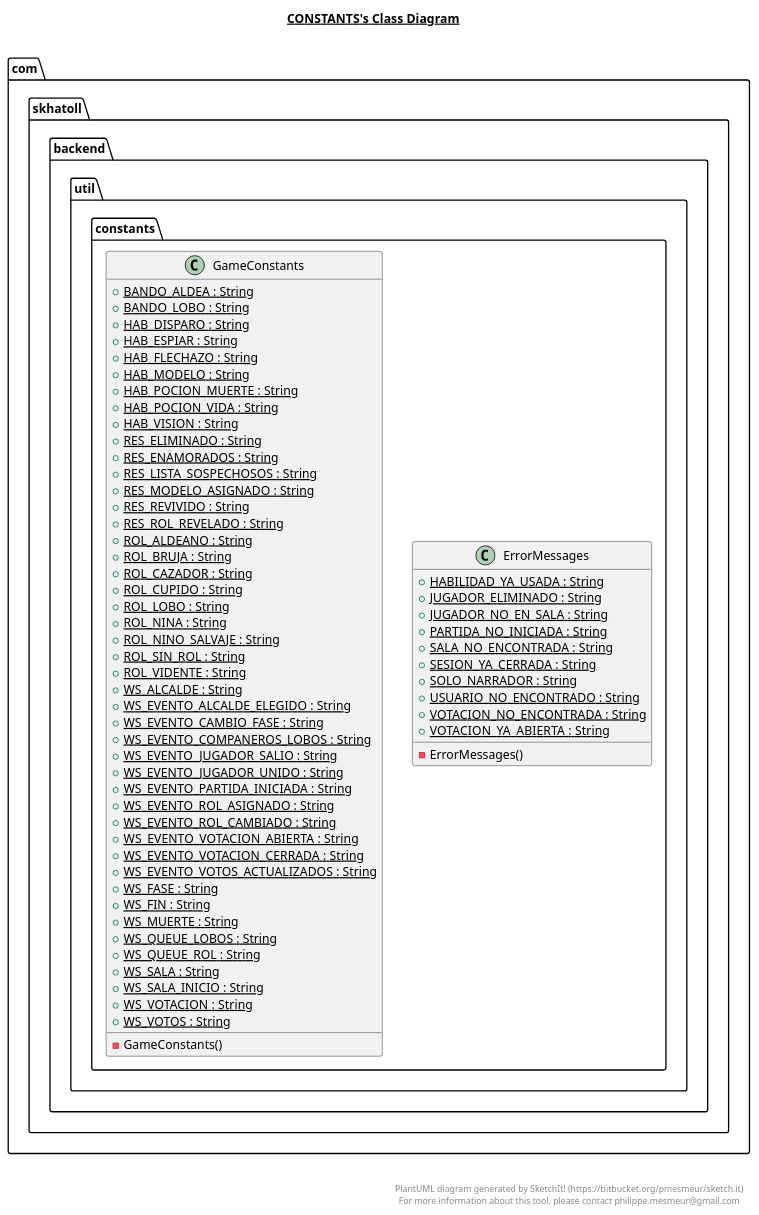
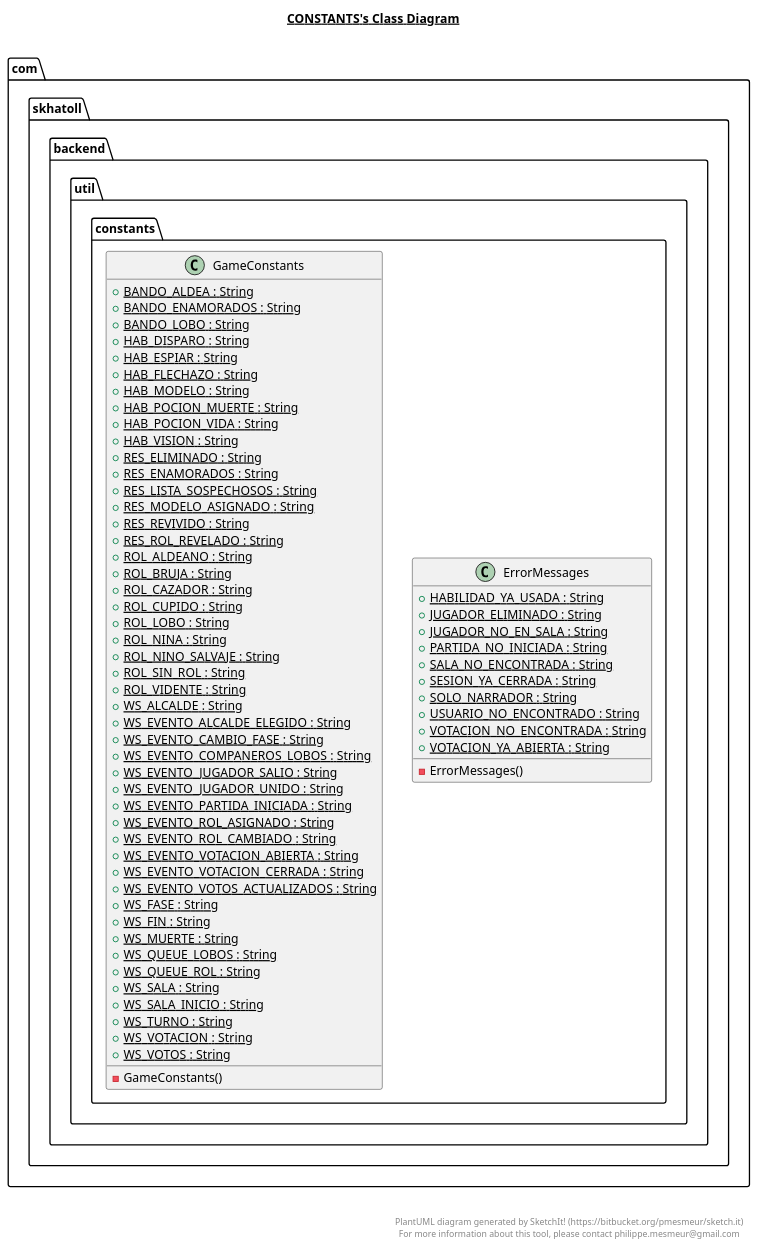
The diagram in backend/src/main/java/com/skhatoll/backend/util/constants/constants.plantuml (David-GutSal/Skhatoll), drawn with PlantUML before and after one commit. The commit also changed 18 other files, not shown here.

```diff
--- a/backend/src/main/java/com/skhatoll/backend/util/constants/constants.plantuml
+++ b/backend/src/main/java/com/skhatoll/backend/util/constants/constants.plantuml
@@ -1,87 +1,89 @@
 @startuml
 
 title __CONSTANTS's Class Diagram__\n
 
   namespace com.skhatoll.backend {
     namespace util.constants {
       class com.skhatoll.backend.util.constants.ErrorMessages {
           {static} + HABILIDAD_YA_USADA : String
           {static} + JUGADOR_ELIMINADO : String
           {static} + JUGADOR_NO_EN_SALA : String
           {static} + PARTIDA_NO_INICIADA : String
           {static} + SALA_NO_ENCONTRADA : String
           {static} + SESION_YA_CERRADA : String
           {static} + SOLO_NARRADOR : String
           {static} + USUARIO_NO_ENCONTRADO : String
           {static} + VOTACION_NO_ENCONTRADA : String
           {static} + VOTACION_YA_ABIERTA : String
           - ErrorMessages()
       }
     }
   }
   
 
   namespace com.skhatoll.backend {
     namespace util.constants {
       class com.skhatoll.backend.util.constants.GameConstants {
           {static} + BANDO_ALDEA : String
+          {static} + BANDO_ENAMORADOS : String
           {static} + BANDO_LOBO : String
           {static} + HAB_DISPARO : String
           {static} + HAB_ESPIAR : String
           {static} + HAB_FLECHAZO : String
           {static} + HAB_MODELO : String
           {static} + HAB_POCION_MUERTE : String
           {static} + HAB_POCION_VIDA : String
           {static} + HAB_VISION : String
           {static} + RES_ELIMINADO : String
           {static} + RES_ENAMORADOS : String
           {static} + RES_LISTA_SOSPECHOSOS : String
           {static} + RES_MODELO_ASIGNADO : String
           {static} + RES_REVIVIDO : String
           {static} + RES_ROL_REVELADO : String
           {static} + ROL_ALDEANO : String
           {static} + ROL_BRUJA : String
           {static} + ROL_CAZADOR : String
           {static} + ROL_CUPIDO : String
           {static} + ROL_LOBO : String
           {static} + ROL_NINA : String
           {static} + ROL_NINO_SALVAJE : String
           {static} + ROL_SIN_ROL : String
           {static} + ROL_VIDENTE : String
           {static} + WS_ALCALDE : String
           {static} + WS_EVENTO_ALCALDE_ELEGIDO : String
           {static} + WS_EVENTO_CAMBIO_FASE : String
           {static} + WS_EVENTO_COMPANEROS_LOBOS : String
           {static} + WS_EVENTO_JUGADOR_SALIO : String
           {static} + WS_EVENTO_JUGADOR_UNIDO : String
           {static} + WS_EVENTO_PARTIDA_INICIADA : String
           {static} + WS_EVENTO_ROL_ASIGNADO : String
           {static} + WS_EVENTO_ROL_CAMBIADO : String
           {static} + WS_EVENTO_VOTACION_ABIERTA : String
           {static} + WS_EVENTO_VOTACION_CERRADA : String
           {static} + WS_EVENTO_VOTOS_ACTUALIZADOS : String
           {static} + WS_FASE : String
           {static} + WS_FIN : String
           {static} + WS_MUERTE : String
           {static} + WS_QUEUE_LOBOS : String
           {static} + WS_QUEUE_ROL : String
           {static} + WS_SALA : String
           {static} + WS_SALA_INICIO : String
+          {static} + WS_TURNO : String
           {static} + WS_VOTACION : String
           {static} + WS_VOTOS : String
           - GameConstants()
       }
     }
   }
   
 
 
 
 right footer
 
 
 PlantUML diagram generated by SketchIt! (https://bitbucket.org/pmesmeur/sketch.it)
 For more information about this tool, please contact philippe.mesmeur@gmail.com
 endfooter
 
 @enduml
```
